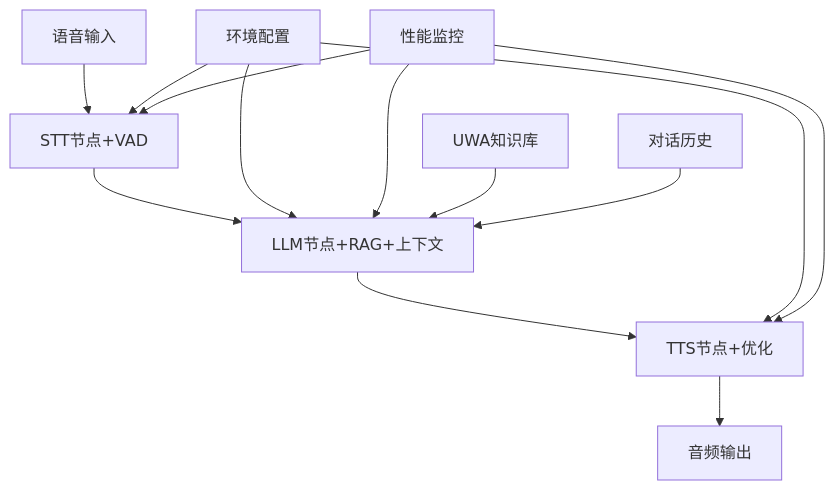
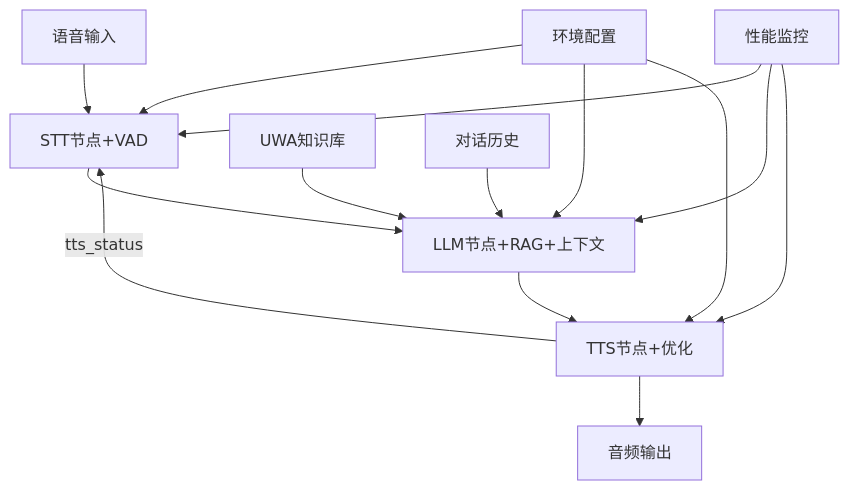
One commit to zijianc/voice_assisstant changed the diagram in PROJECT_SUMMARY.md. Above: the diagram before and after it, drawn with Mermaid. The commit also changed other lines of this file and 2 other files, not shown here.

Commit message:
修复 realtime_stt回声问题，更新 tts 配置，更新文档

````diff
--- a/PROJECT_SUMMARY.md
+++ b/PROJECT_SUMMARY.md
@@ -30,18 +30,19 @@
 ```mermaid
 graph TB
     A[语音输入] --> B[STT节点+VAD]
     B --> C[LLM节点+RAG+上下文]
     C --> D[TTS节点+优化]
     D --> E[音频输出]
+    D -- tts_status --> B
     
     F[环境配置] --> B
     F --> C  
     F --> D
     
     G[性能监控] --> B
     G --> C
     G --> D
     
     H[UWA知识库] --> C
     I[对话历史] --> C
 ```
````
